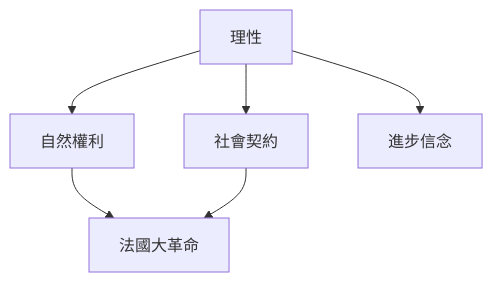
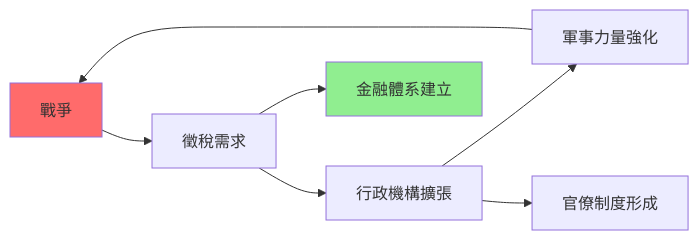
Before and after one commit to yip-lgtm/HKU-Harvard-History-Self-Study: the first of 3 diagrams in 01_HKU_Courses/HIST2079_Early_modern_Europe.md, drawn with Mermaid. The commit also changed other lines of this file and 65 other files, not shown here.

````diff
--- a/01_HKU_Courses/HIST2079_Early_modern_Europe.md
+++ b/01_HKU_Courses/HIST2079_Early_modern_Europe.md
@@ -157,8 +106,11 @@
 ```mermaid
-flowchart TD
-    A[理性] --> B[自然權利]
-    A --> C[社會契約]
-    A --> D[進步信念]
-    B --> E[法國大革命]
-    C --> E
+graph LR
+    A["戰爭"] --> B["徵稅需求"]
+    B --> C["行政機構擴張"]
+    C --> D["軍事力量強化"]
+    D --> A
+    B --> E["金融體系建立"]
+    C --> F["官僚制度形成"]
+    style A fill:#FF6B6B
+    style E fill:#90EE90
 ```
````
